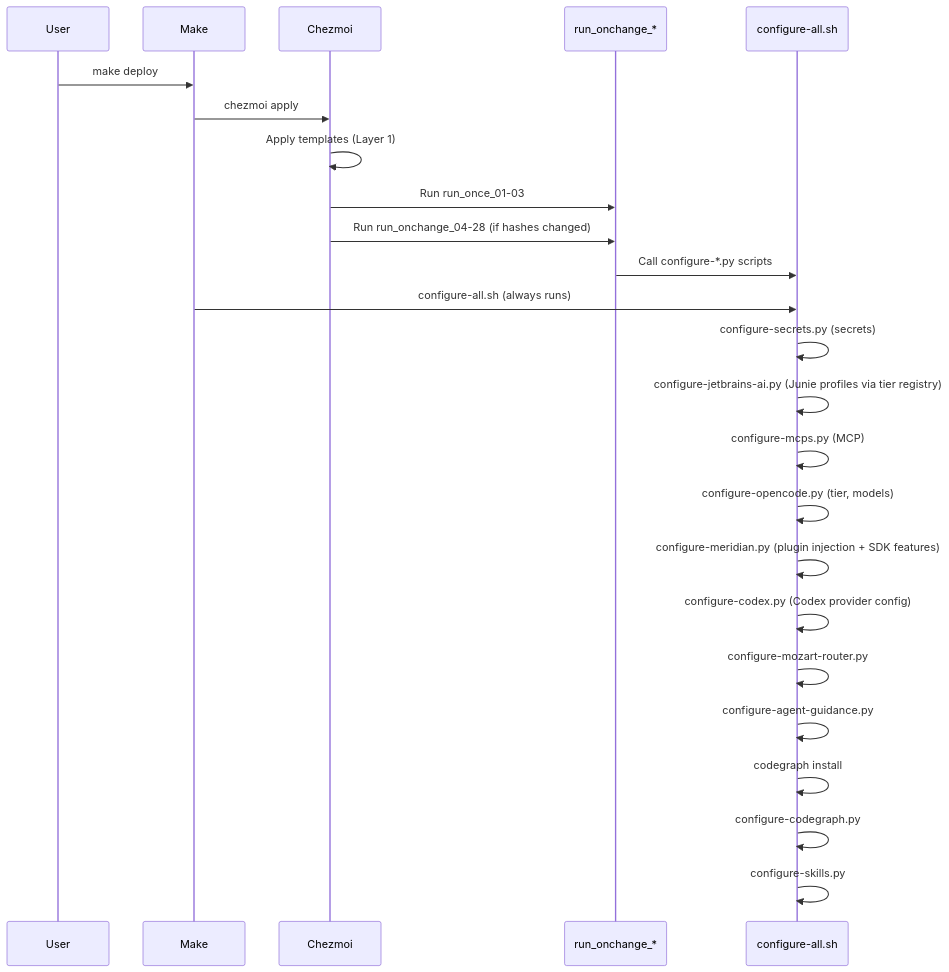
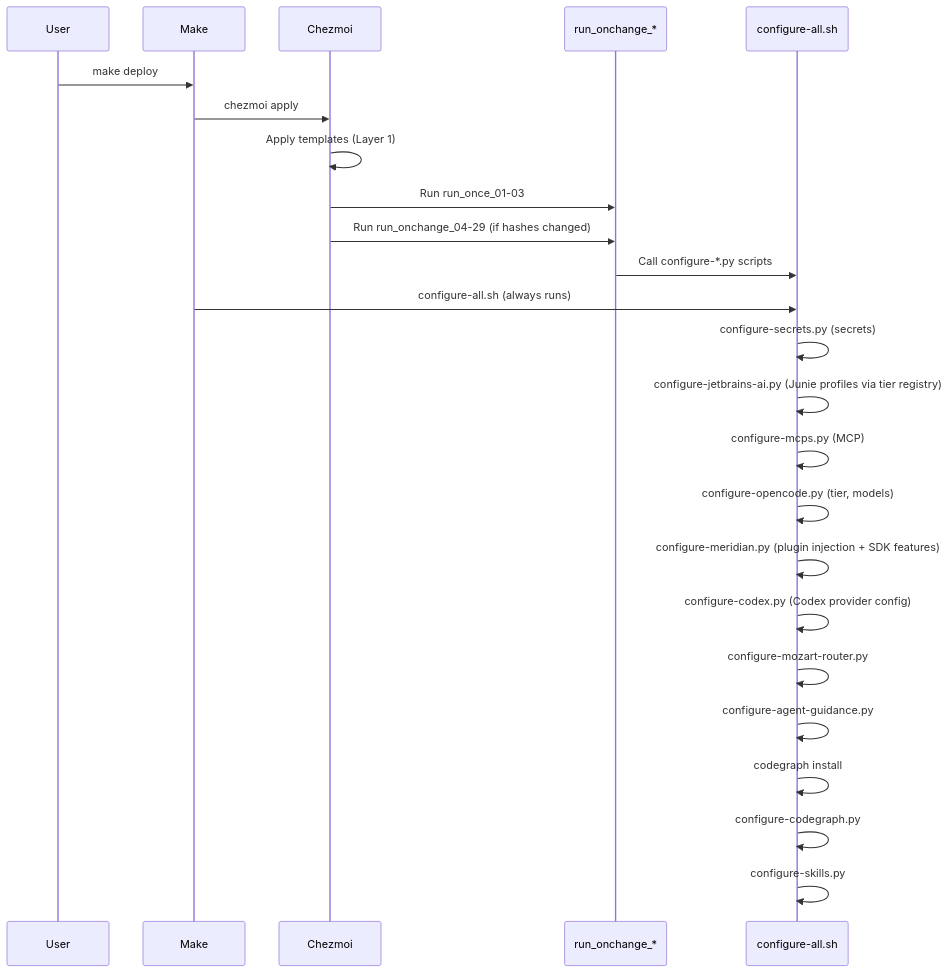
Before and after one commit to randytarampi/dotfiles: the second of 3 diagrams in docs/ORCHESTRATION.md, drawn with Mermaid. The commit also changed other lines of this file and 2 other files, not shown here.

````diff
--- a/docs/ORCHESTRATION.md
+++ b/docs/ORCHESTRATION.md
@@ -79,27 +79,27 @@
 ```mermaid
 sequenceDiagram
     participant User
     participant Make
     participant Chezmoi
     participant Scripts as run_onchange_*
     participant Configure as configure-all.sh
 
     User->>Make: make deploy
     Make->>Chezmoi: chezmoi apply
     Chezmoi->>Chezmoi: Apply templates (Layer 1)
     Chezmoi->>Scripts: Run run_once_01-03
-    Chezmoi->>Scripts: Run run_onchange_04-28 (if hashes changed)
+    Chezmoi->>Scripts: Run run_onchange_04-29 (if hashes changed)
     Scripts->>Configure: Call configure-*.py scripts
     Make->>Configure: configure-all.sh (always runs)
     Configure->>Configure: configure-secrets.py (secrets)
     Configure->>Configure: configure-jetbrains-ai.py (Junie profiles via tier registry)
     Configure->>Configure: configure-mcps.py (MCP)
     Configure->>Configure: configure-opencode.py (tier, models)
     Configure->>Configure: configure-meridian.py (plugin injection + SDK features)
     Configure->>Configure: configure-codex.py (Codex provider config)
     Configure->>Configure: configure-mozart-router.py
     Configure->>Configure: configure-agent-guidance.py
     Configure->>Configure: codegraph install
     Configure->>Configure: configure-codegraph.py
     Configure->>Configure: configure-skills.py
 ```
````
